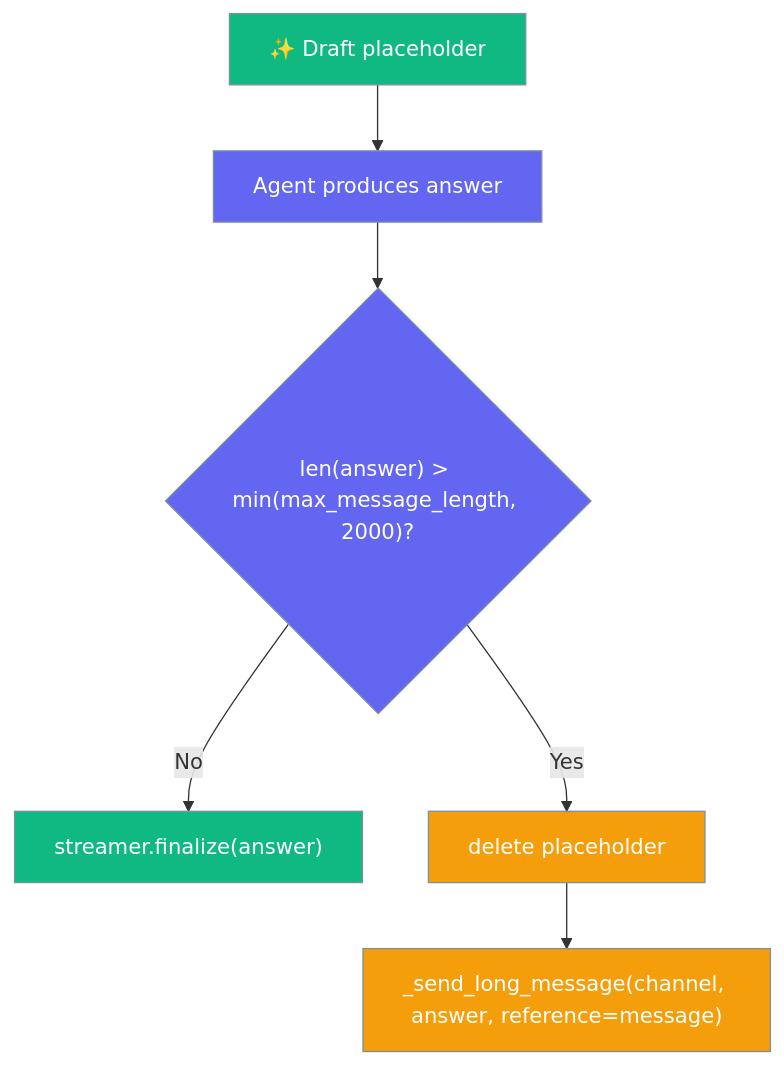
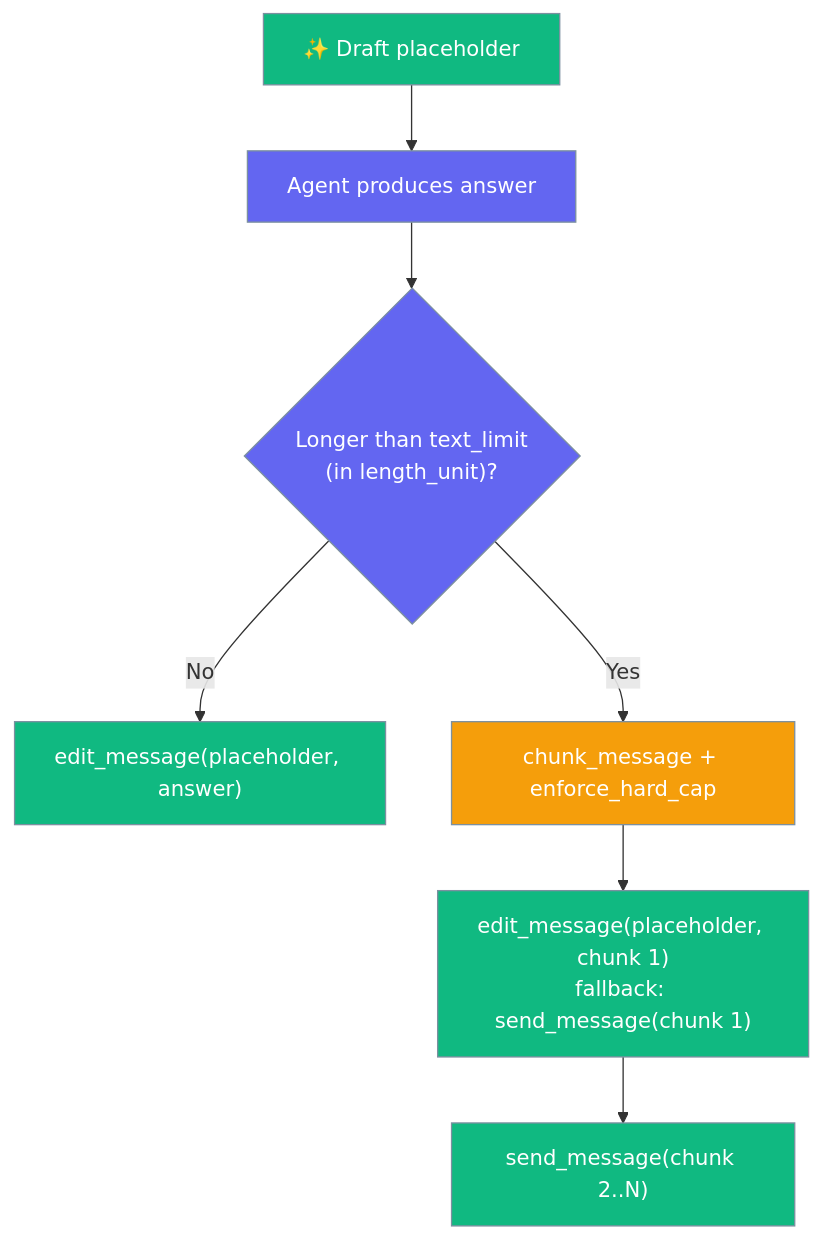
Before and after one commit to MervinPraison/PraisonAIDocs: the seventh of 16 diagrams in docs/features/bot-streaming-replies.mdx, drawn with Mermaid. The commit also changed other lines of this file and 2 other files, not shown here.

Commit message:
fix: document shared-streamer chunking of over-cap streamed replies (fixes #4766)

````diff
--- a/docs/features/bot-streaming-replies.mdx
+++ b/docs/features/bot-streaming-replies.mdx
@@ -460,16 +461,17 @@
 ```mermaid
 graph TB
     A["✨ Draft placeholder"] --> B["Agent produces answer"]
-    B --> C{"len(answer) > min(max_message_length, 2000)?"}
-    C -->|No| D["streamer.finalize(answer)"]
-    C -->|Yes| E["delete placeholder"]
-    E --> F["_send_long_message(channel, answer, reference=message)"]
+    B --> C{"Longer than text_limit<br/>(in length_unit)?"}
+    C -->|No| D["edit_message(placeholder, answer)"]
+    C -->|Yes| E["chunk_message + enforce_hard_cap"]
+    E --> F["edit_message(placeholder, chunk 1)<br/>fallback: send_message(chunk 1)"]
+    F --> G["send_message(chunk 2..N)"]
 
     classDef ok fill:#10B981,stroke:#7C90A0,color:#fff
     classDef warn fill:#F59E0B,stroke:#7C90A0,color:#fff
     classDef q fill:#6366F1,stroke:#7C90A0,color:#fff
 
-    class A,D ok
-    class E,F warn
+    class A,D,F,G ok
+    class E warn
     class B,C q
 ```
````
